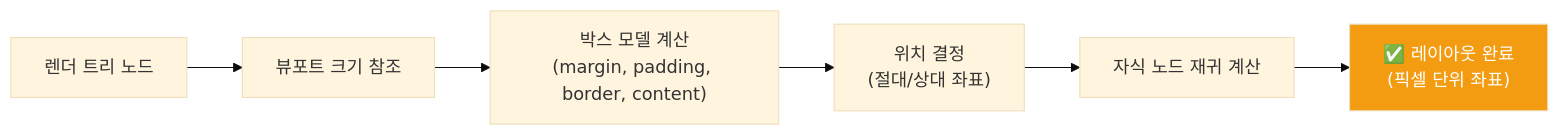
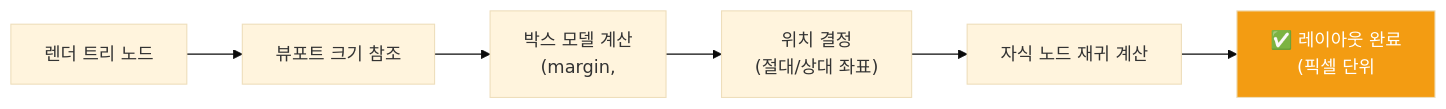
One commit to yjkim2015/yjkim2015.github.io changed the fifth of 8 diagrams in _posts/frontend/2026-05-01-browser-rendering.md. Above: the diagram before and after it, drawn with Mermaid (base theme). The commit also changed other lines of this file and 271 other files, not shown here.

First line of the commit message:
Mermaid 라벨 축소: 긴 노드 텍스트 18자 이하로 트림 + \n 제거

````diff
--- a/_posts/frontend/2026-05-01-browser-rendering.md
+++ b/_posts/frontend/2026-05-01-browser-rendering.md
@@ -212,9 +212,9 @@
 ```mermaid
 flowchart LR
     A["렌더 트리 노드"] --> B["뷰포트 크기 참조"]
-    B --> C["박스 모델 계산\n(margin, padding, border, content)"]
+    B --> C["박스 모델 계산\n(margin,"]
     C --> D["위치 결정\n(절대/상대 좌표)"]
     D --> E["자식 노드 재귀 계산"]
-    E --> F["✅ 레이아웃 완료\n(픽셀 단위 좌표)"]
+    E --> F["✅ 레이아웃 완료\n(픽셀 단위"]
     style F fill:#f39c12,color:#fff
 ```
````
